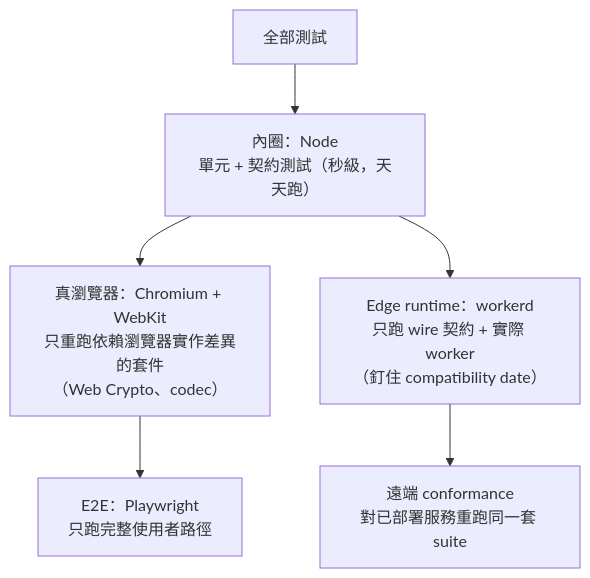
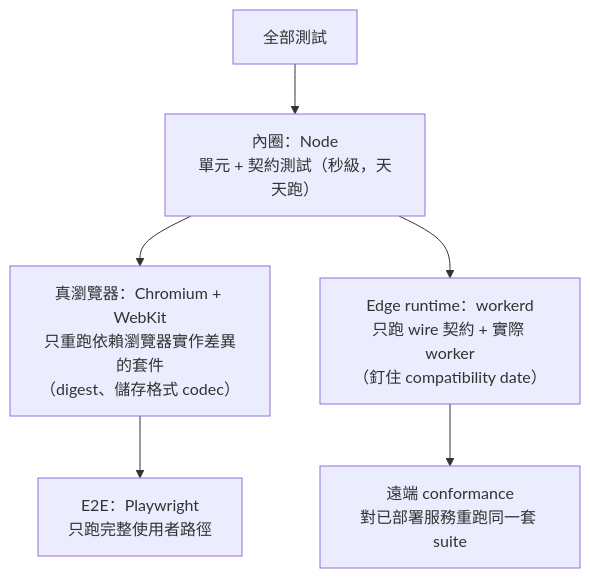
The diagram in docs/system-design/testing-as-contracts.md (EricTsai83/drawstuff), drawn with Mermaid before and after one commit. The commit also changed other lines of this file and 48 other files, not shown here.

````diff
--- a/docs/system-design/testing-as-contracts.md
+++ b/docs/system-design/testing-as-contracts.md
@@ -51,8 +51,8 @@
 ```mermaid
 flowchart TD
     ALL["全部測試"] --> NODE["內圈：Node<br/>單元 + 契約測試（秒級，天天跑）"]
-    NODE --> BR["真瀏覽器：Chromium + WebKit<br/>只重跑依賴瀏覽器實作差異的套件<br/>（Web Crypto、codec）"]
+    NODE --> BR["真瀏覽器：Chromium + WebKit<br/>只重跑依賴瀏覽器實作差異的套件<br/>（digest、儲存格式 codec）"]
     NODE --> WK["Edge runtime：workerd<br/>只跑 wire 契約 + 實際 worker<br/>（釘住 compatibility date）"]
     BR --> E2E["E2E：Playwright<br/>只跑完整使用者路徑"]
     WK --> RMT["遠端 conformance<br/>對已部署服務重跑同一套 suite"]
 ```
````
